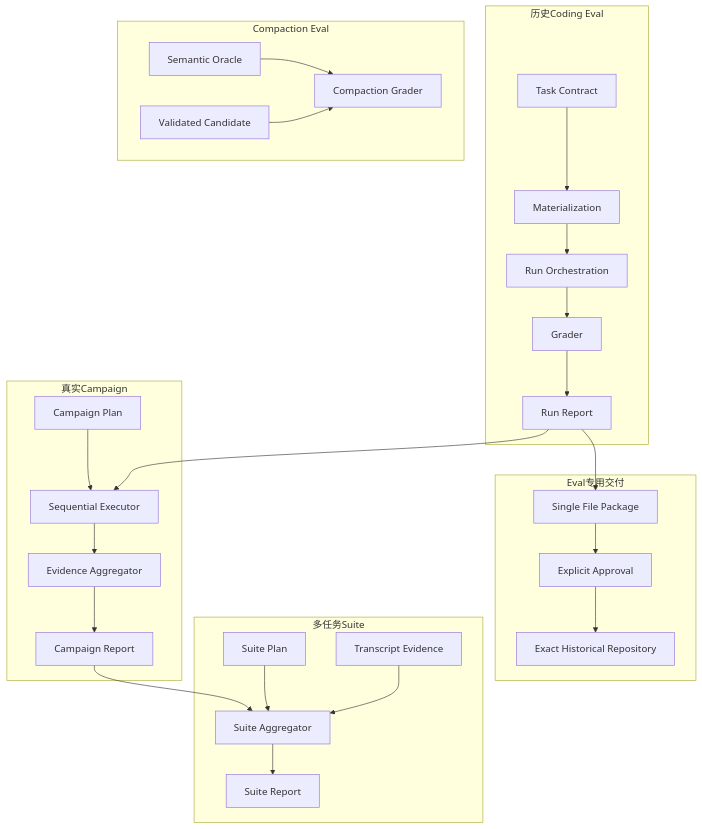
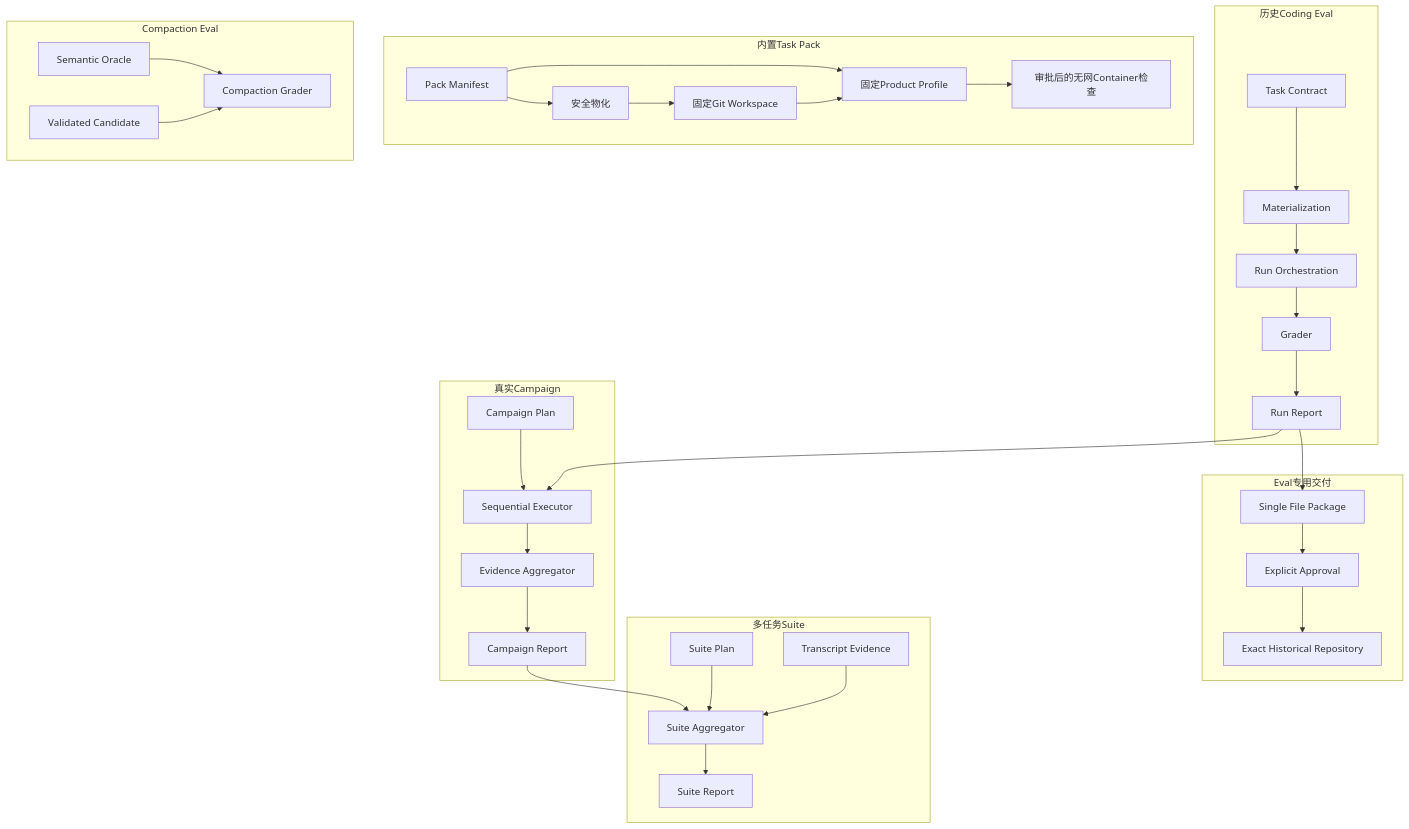
The second of 18 diagrams in docs/modules/evals.md (carrie1988/Harnessix), drawn with Mermaid before and after one commit. The commit also changed other lines of this file and 28 other files, not shown here.

Commit message:
feat: 建立不可变 Coding Eval Task Pack

````diff
--- a/docs/modules/evals.md
+++ b/docs/modules/evals.md
@@ -257,30 +281,37 @@
 ```mermaid
 flowchart TB
     subgraph Historical[历史Coding Eval]
         T[Task Contract] --> M[Materialization]
         M --> R[Run Orchestration]
         R --> G[Grader]
         G --> RR[Run Report]
     end
     subgraph Campaigns[真实Campaign]
         CP[Campaign Plan] --> CE[Sequential Executor]
         RR --> CE
         CE --> CA[Evidence Aggregator]
         CA --> CR[Campaign Report]
     end
     subgraph Suites[多任务Suite]
         SP[Suite Plan] --> SA[Suite Aggregator]
         CR --> SA
         Transcript[Transcript Evidence] --> SA
         SA --> SR[Suite Report]
     end
+    subgraph TaskPacks[内置Task Pack]
+        TP[Pack Manifest] --> PM[安全物化]
+        PM --> PW[固定Git Workspace]
+        TP --> PP[固定Product Profile]
+        PW --> PP
+        PP --> PA[审批后的无网Container检查]
+    end
     subgraph Compact[Compaction Eval]
         Oracle[Semantic Oracle] --> CG[Compaction Grader]
         Candidate[Validated Candidate] --> CG
     end
     subgraph LegacyDelivery[Eval专用交付]
         RR --> Package[Single File Package]
         Package --> Approval[Explicit Approval]
         Approval --> Target[Exact Historical Repository]
     end
 ```
````
